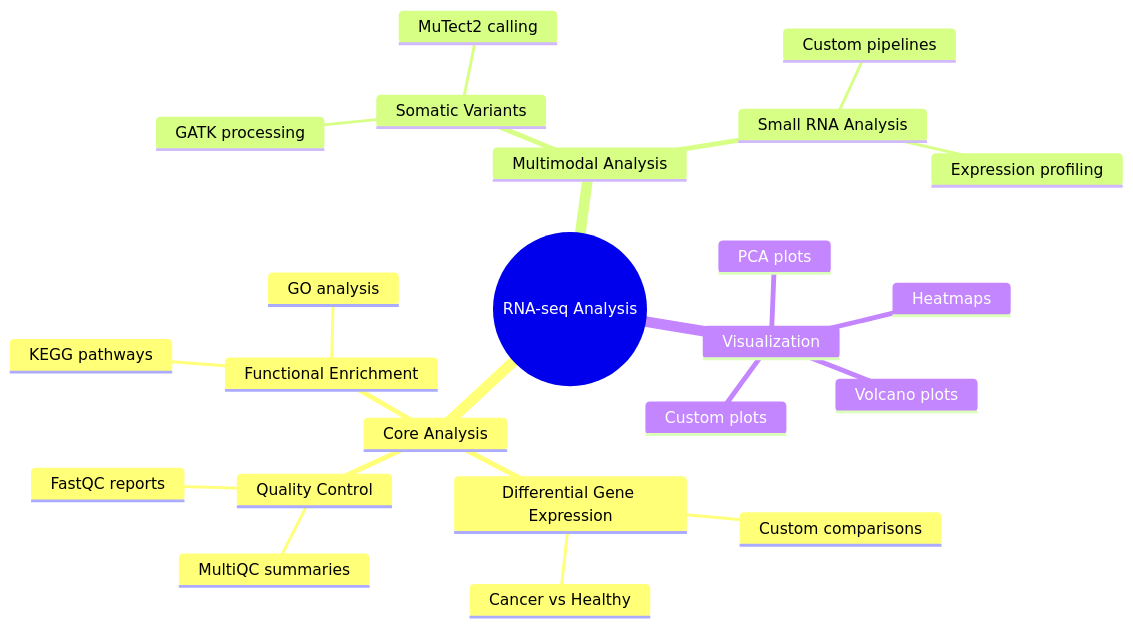
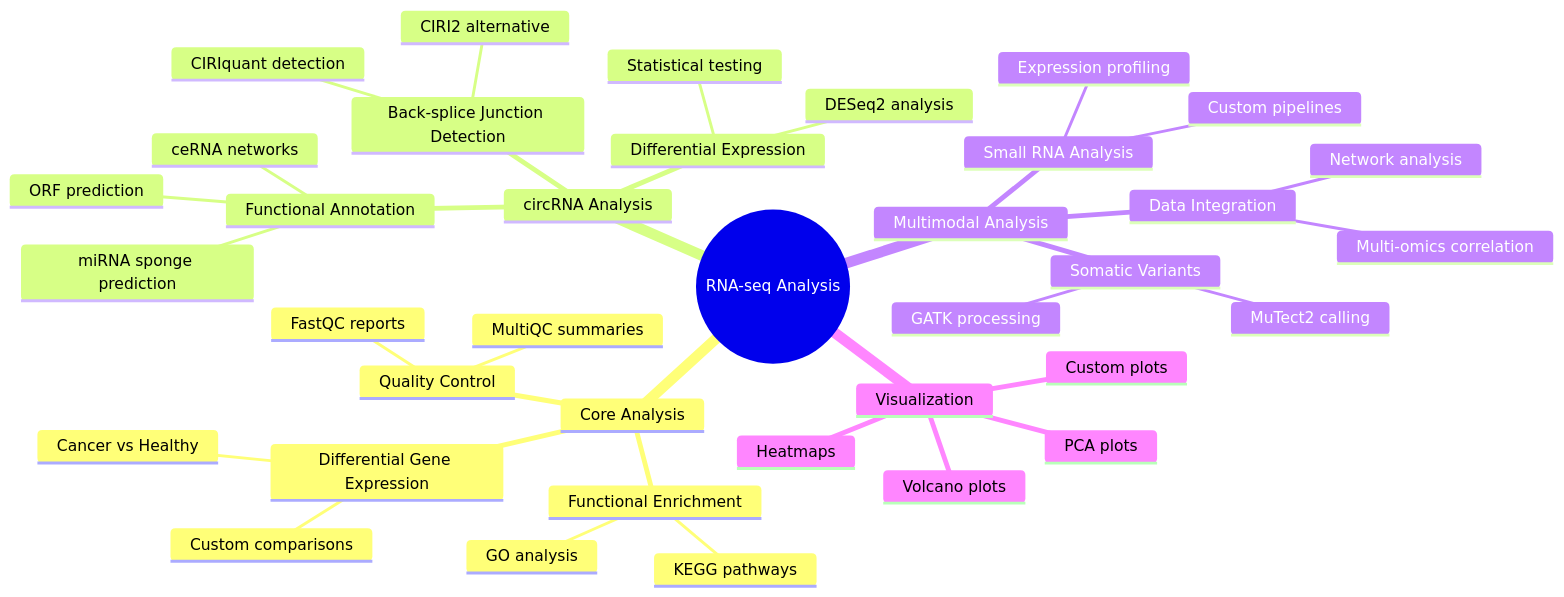
One commit to steven0seagal/RNAseq_analysis_pipeline changed the fourth of 6 diagrams in README.md. Above: the diagram before and after it, drawn with Mermaid. The commit also changed other lines of this file and 7 other files, not shown here.

Commit message:
Add comprehensive circRNA analysis features including detection, quantification, and differential expression to enhance multimodal RNA-seq capabilities.

````diff
--- a/README.md
+++ b/README.md
@@ -201,26 +246,40 @@
 ```mermaid
 mindmap
   root((RNA-seq Analysis))
     Core Analysis
       Differential Gene Expression
         Cancer vs Healthy
         Custom comparisons
       Quality Control
         FastQC reports
         MultiQC summaries
       Functional Enrichment
         GO analysis
         KEGG pathways
+    circRNA Analysis
+      Back-splice Junction Detection
+        CIRIquant detection
+        CIRI2 alternative
+      Differential Expression
+        DESeq2 analysis
+        Statistical testing
+      Functional Annotation
+        miRNA sponge prediction
+        ceRNA networks
+        ORF prediction
     Multimodal Analysis
       Somatic Variants
         GATK processing
         MuTect2 calling
       Small RNA Analysis
         Custom pipelines
         Expression profiling
+      Data Integration
+        Multi-omics correlation
+        Network analysis
     Visualization
       PCA plots
       Volcano plots
       Heatmaps
       Custom plots
 ```
````
